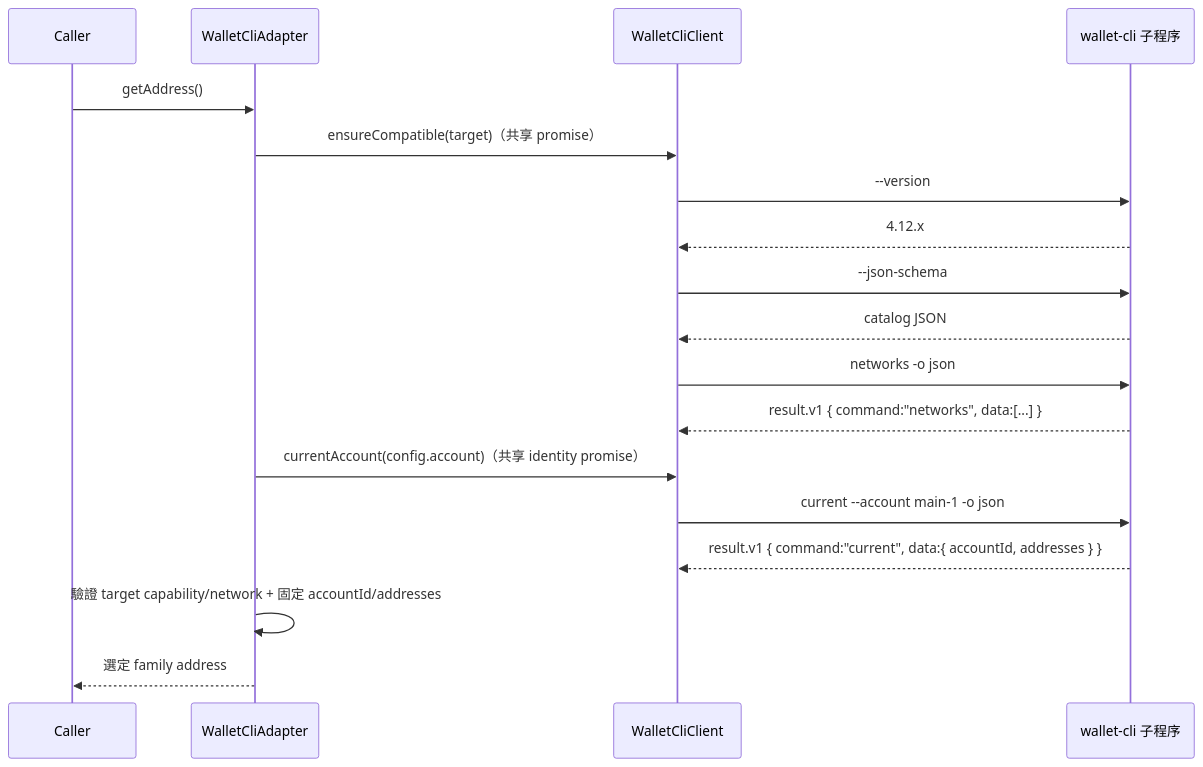
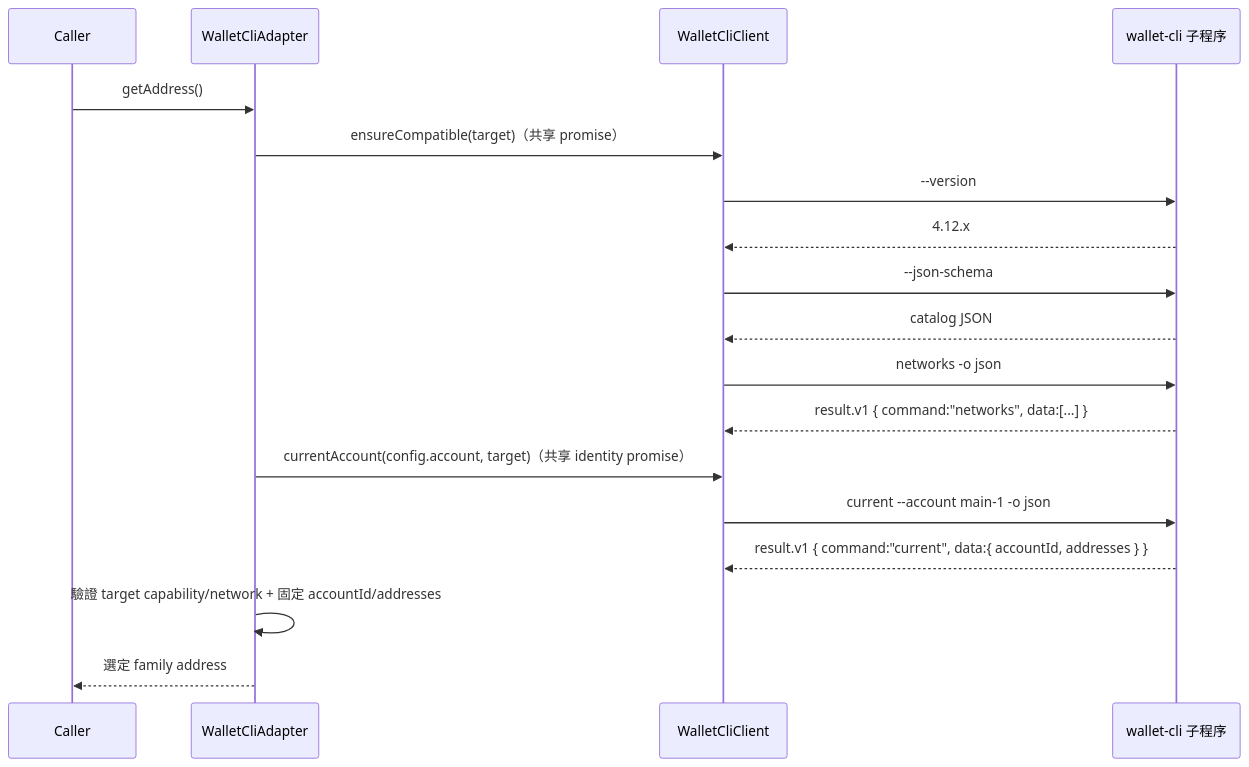
The second of 5 diagrams in .kiro/specs/wallet-cli-integration/design.md (BofAI/agent-wallet), drawn with Mermaid before and after one commit. The commit also changed other lines of this file and 20 other files, not shown here.

````diff
--- a/.kiro/specs/wallet-cli-integration/design.md
+++ b/.kiro/specs/wallet-cli-integration/design.md
@@ -610,21 +610,21 @@
 ```mermaid
 sequenceDiagram
   participant App as Caller
   participant Signer as WalletCliAdapter
   participant Client as WalletCliClient
   participant Cli as wallet-cli 子程序
 
   App->>Signer: getAddress()
   Signer->>Client: ensureCompatible(target)（共享 promise）
   Client->>Cli: --version
   Cli-->>Client: 4.12.x
   Client->>Cli: --json-schema
   Cli-->>Client: catalog JSON
   Client->>Cli: networks -o json
   Cli-->>Client: result.v1 { command:"networks", data:[...] }
-  Signer->>Client: currentAccount(config.account)（共享 identity promise）
+  Signer->>Client: currentAccount(config.account, target)（共享 identity promise）
   Client->>Cli: current --account main-1 -o json
   Cli-->>Client: result.v1 { command:"current", data:{ accountId, addresses } }
   Signer->>Signer: 驗證 target capability/network + 固定 accountId/addresses
   Signer-->>App: 選定 family address
 ```
````
